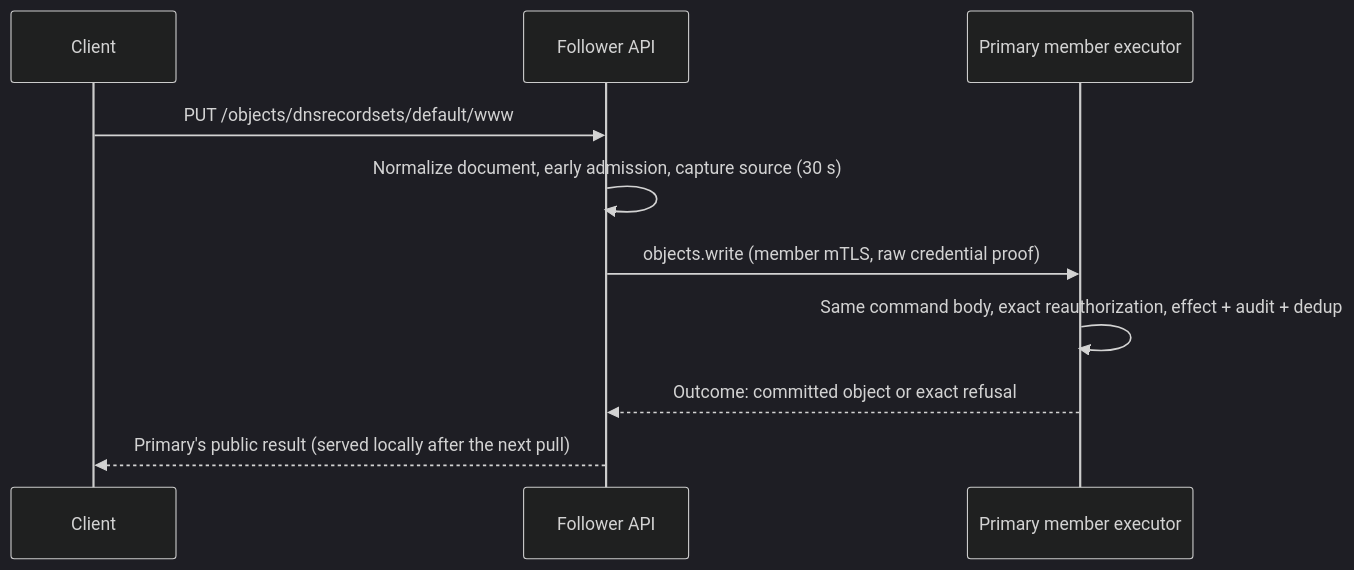
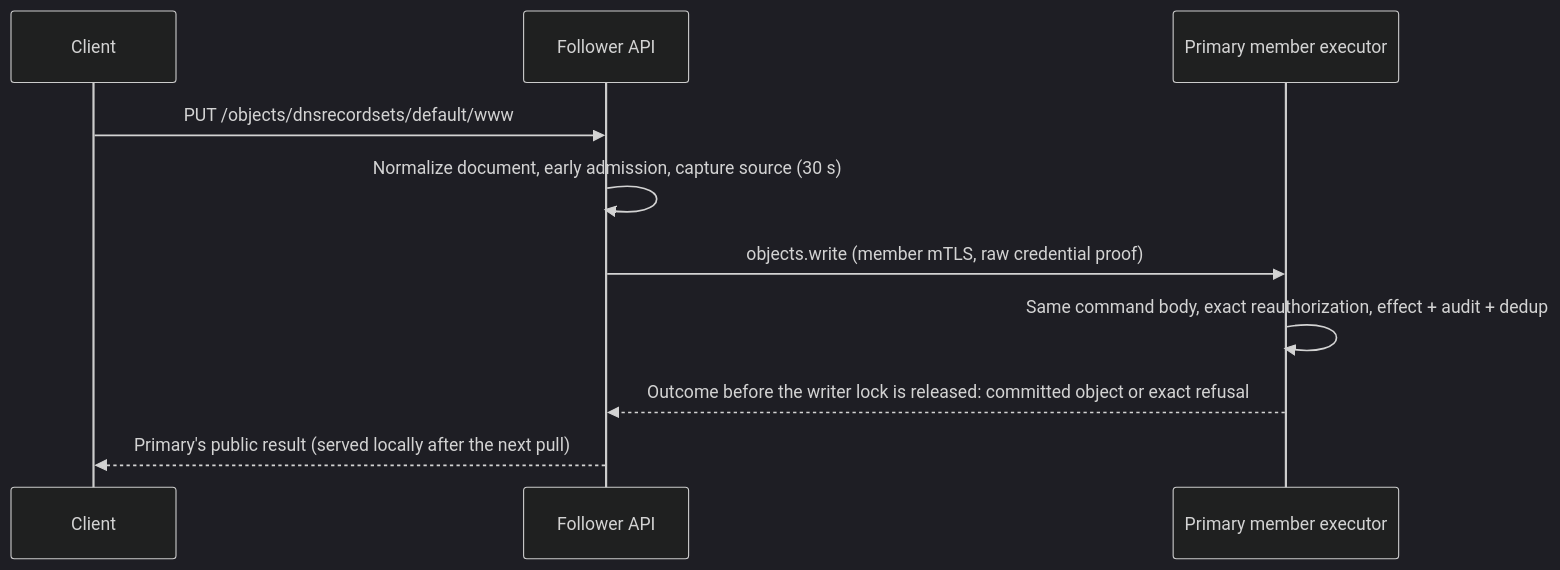
One commit to robertherbaugh/kudurru changed diagram 13 of 28 in docs/architecture/configuration-and-store.md. Above: the diagram before and after it, drawn with Mermaid (dark theme). The commit also changed other lines of this file and 8 other files, not shown here.

````diff
--- a/docs/architecture/configuration-and-store.md
+++ b/docs/architecture/configuration-and-store.md
@@ -1111,12 +1128,12 @@
 ```mermaid
 sequenceDiagram
     participant C as Client
     participant F as Follower API
     participant P as Primary member executor
     C->>F: PUT /objects/dnsrecordsets/default/www
     F->>F: Normalize document, early admission, capture source (30 s)
     F->>P: objects.write (member mTLS, raw credential proof)
     P->>P: Same command body, exact reauthorization, effect + audit + dedup
-    P-->>F: Outcome: committed object or exact refusal
+    P-->>F: Outcome before the writer lock is released: committed object or exact refusal
     F-->>C: Primary's public result (served locally after the next pull)
 ```
````
